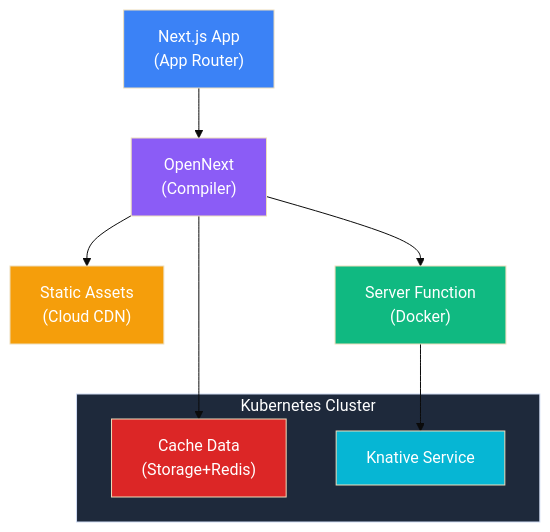
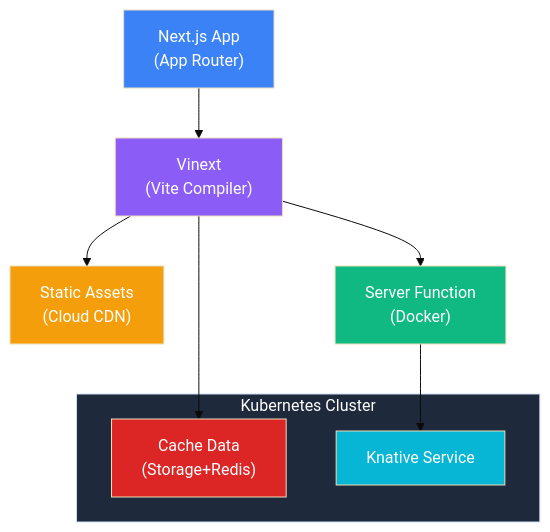
The third of 3 diagrams in README.md (getknext-dev/knext), drawn with Mermaid (base theme) before and after one commit. The commit also changed other lines of this file and 17 other files, not shown here.

First line of the commit message:
Refactor: Replace OpenNext with Vinext for Next.js compilation

````diff
--- a/README.md
+++ b/README.md
@@ -535,23 +501,23 @@
 ```mermaid
 flowchart TB
-    A["Next.js App<br/>(App Router)"] --> B["OpenNext<br/>(Compiler)"]
+    A["Next.js App<br/>(App Router)"] --> B["Vinext<br/>(Vite Compiler)"]
     
     B --> C["Static Assets<br/>(Cloud CDN)"]
     B --> D["Server Function<br/>(Docker)"]
     B --> E["Cache Data<br/>(Storage+Redis)"]
     
     D --> F["Knative Service"]
     
     subgraph Cluster["Kubernetes Cluster"]
         F
         E
     end
 
     style A fill:#3b82f6,color:#fff
     style B fill:#8b5cf6,color:#fff
     style C fill:#f59e0b,color:#fff
     style D fill:#10b981,color:#fff
     style E fill:#dc2626,color:#fff
     style F fill:#06b6d4,color:#fff
     style Cluster fill:#1e293b,color:#fff
 ```
````
